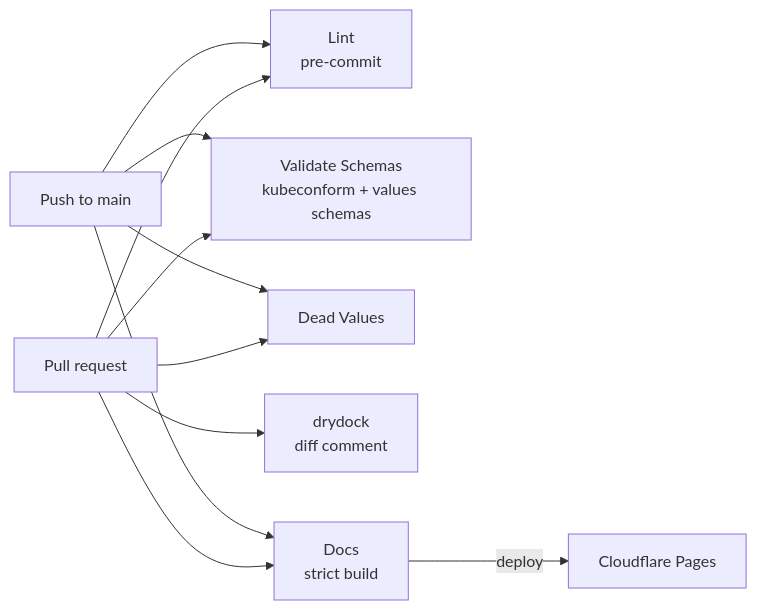
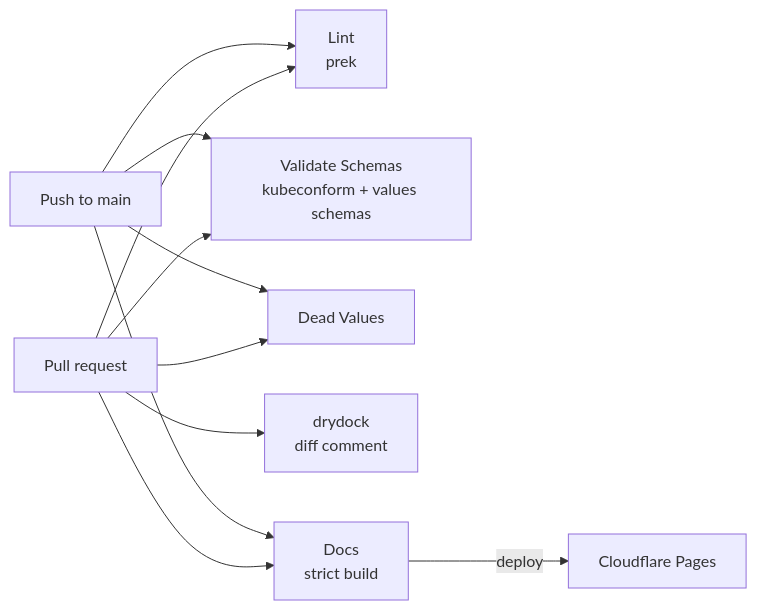
The diagram in docs/ci.md (Darkflame72/home-ops), drawn with Mermaid before and after one commit. The commit also changed other lines of this file and 6 other files, not shown here.

Commit message:
chore(lint): migrate pre-commit to prek

````diff
--- a/docs/ci.md
+++ b/docs/ci.md
@@ -16,13 +16,13 @@
 ```mermaid
 flowchart LR
-    PR["Pull request"] --> LINT["Lint<br/>pre-commit"]
+    PR["Pull request"] --> LINT["Lint<br/>prek"]
     PR --> SCHEMA["Validate Schemas<br/>kubeconform + values schemas"]
     PR --> DEAD["Dead Values"]
     PR --> DRY["drydock<br/>diff comment"]
     PR --> DOCS["Docs<br/>strict build"]
     MAIN["Push to main"] --> LINT
     MAIN --> SCHEMA
     MAIN --> DEAD
     MAIN --> DOCS
     DOCS -->|deploy| CF["Cloudflare Pages"]
 ```
````
